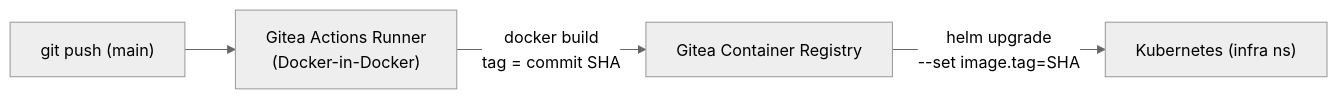
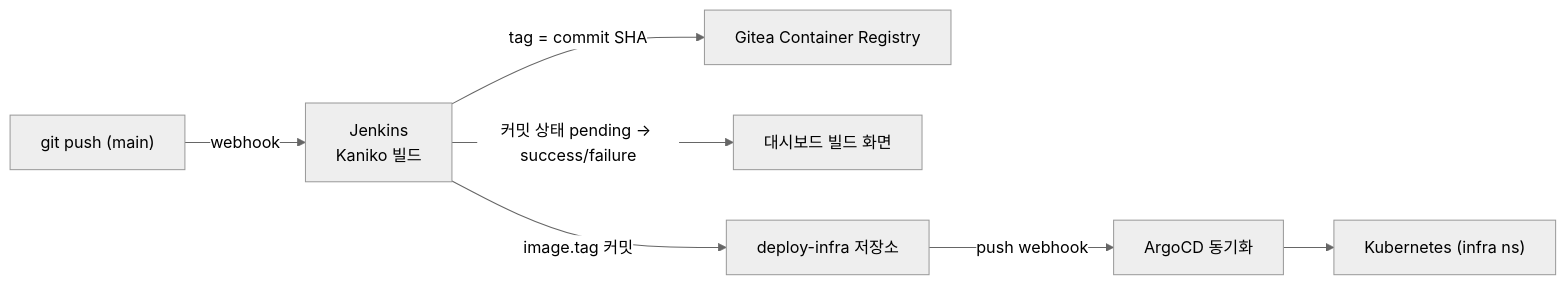
One commit to milk024/k8s-monitoring-web changed the second of 2 diagrams in README.md. Above: the diagram before and after it, drawn with Mermaid (neutral theme). The commit also changed other lines of this file and 55 other files, not shown here.

````diff
--- a/README.md
+++ b/README.md
@@ -95,6 +105,9 @@
 ```mermaid
 flowchart LR
-    Dev["git push (main)"] --> Runner["Gitea Actions Runner<br/>(Docker-in-Docker)"]
-    Runner -->|"docker build<br/>tag = commit SHA"| Reg["Gitea Container Registry"]
-    Reg -->|"helm upgrade<br/>--set image.tag=SHA"| Cluster["Kubernetes (infra ns)"]
+    Dev["git push (main)"] -->|webhook| JK["Jenkins<br/>Kaniko 빌드"]
+    JK -->|"tag = commit SHA"| Reg["Gitea Container Registry"]
+    JK -->|"커밋 상태 pending → success/failure"| Dash["대시보드 빌드 화면"]
+    JK -->|"image.tag 커밋"| Dep["deploy-infra 저장소"]
+    Dep -->|"push webhook"| Argo["ArgoCD 동기화"]
+    Argo --> Cluster["Kubernetes (infra ns)"]
 ```
````
